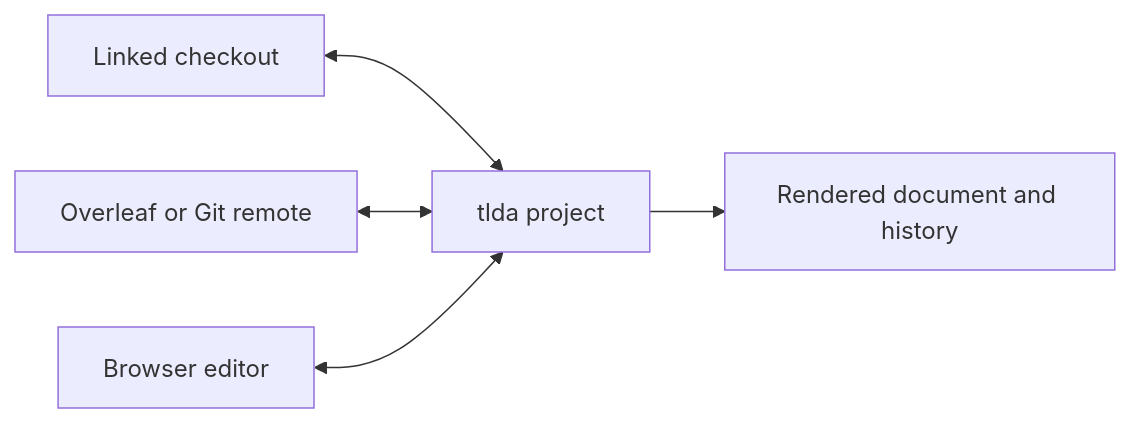
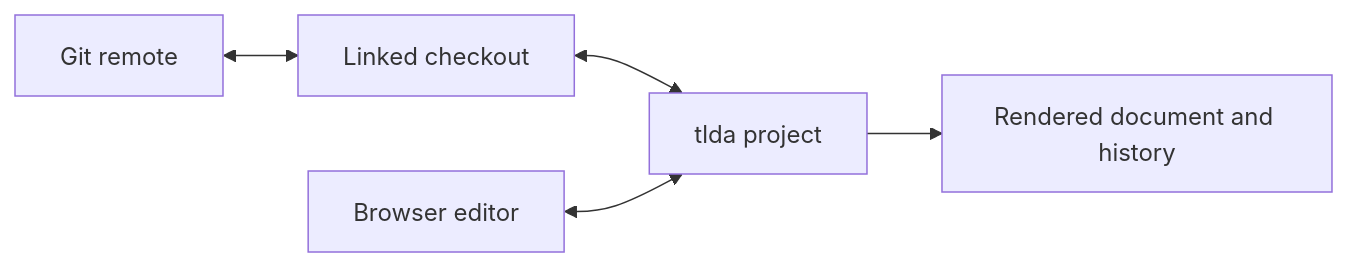
Before and after one commit to qtm285/claude-tldraw: the diagram in docs/using-tlda.md, drawn with Mermaid. The commit also changed other lines of this file and 12 other files, not shown here.

````diff
--- a/docs/using-tlda.md
+++ b/docs/using-tlda.md
@@ -57,7 +57,7 @@
 ```mermaid
 flowchart LR
   local[Linked checkout] <--> project[tlda project]
-  remote[Overleaf or Git remote] <--> project
+  remote[Git remote] <--> local
   browser[Browser editor] <--> project
   project --> record[Rendered document and history]
 ```
````
